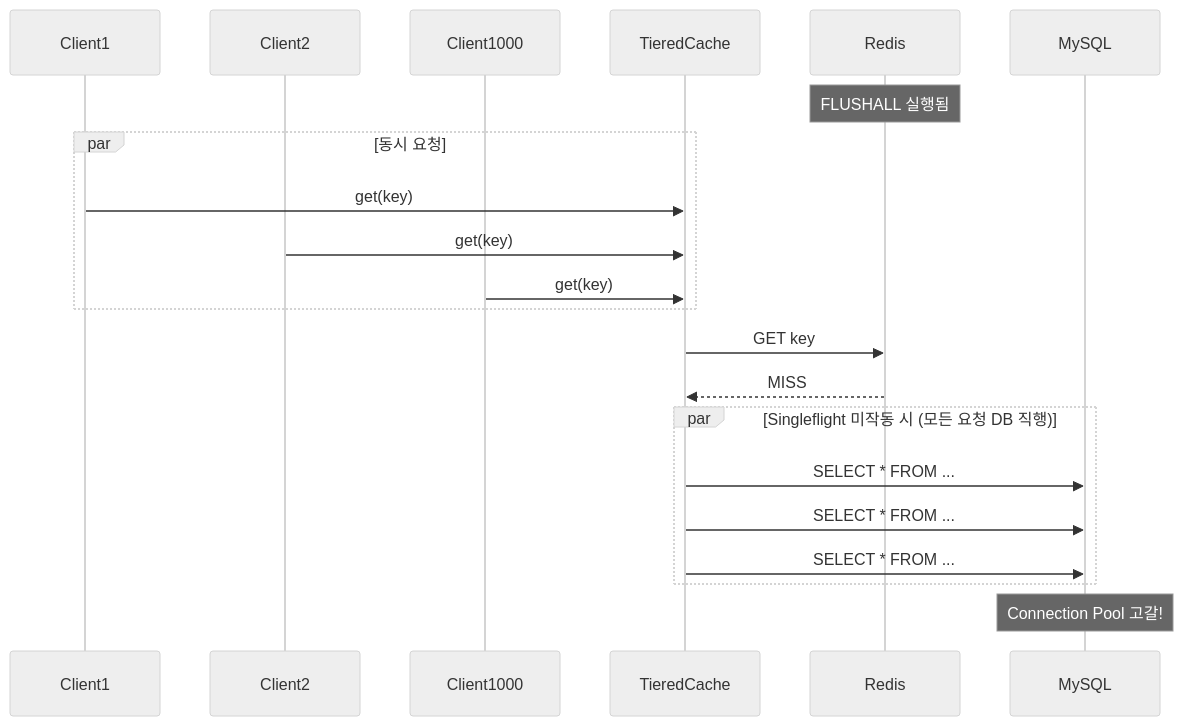
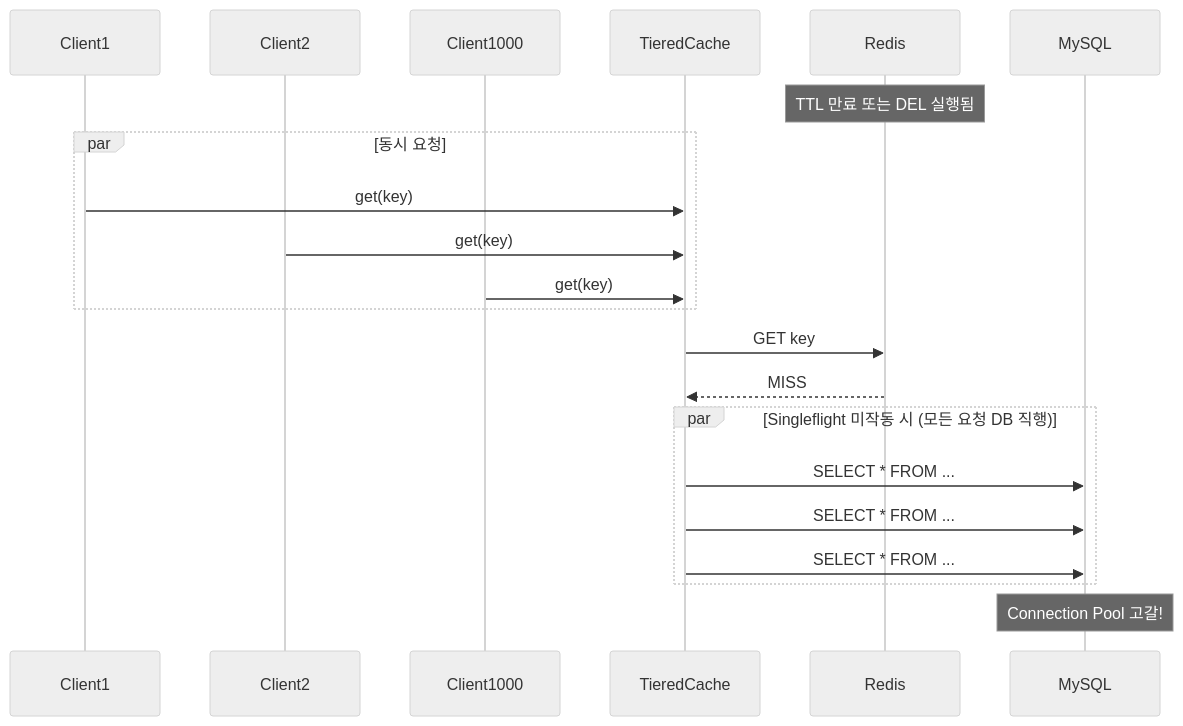
One commit to zbnerd/MapleExpectation changed the second of 3 diagrams in docs/02_Chaos_Engineering/06_Nightmare/Scenarios/N01-thundering-herd.md. Above: the diagram before and after it, drawn with Mermaid (neutral theme). The commit also changed other lines of this file and 467 other files, not shown here.

````diff
--- a/docs/02_Chaos_Engineering/06_Nightmare/Scenarios/N01-thundering-herd.md
+++ b/docs/02_Chaos_Engineering/06_Nightmare/Scenarios/N01-thundering-herd.md
@@ -279,28 +305,28 @@
 ```mermaid
 sequenceDiagram
     participant Client1
     participant Client2
     participant Client1000
     participant TieredCache
     participant Redis
     participant MySQL
 
-    Note over Redis: FLUSHALL 실행됨
+    Note over Redis: TTL 만료 또는 DEL 실행됨
 
     par 동시 요청
         Client1->>TieredCache: get(key)
         Client2->>TieredCache: get(key)
         Client1000->>TieredCache: get(key)
     end
 
     TieredCache->>Redis: GET key
     Redis-->>TieredCache: MISS
 
     par Singleflight 미작동 시 (모든 요청 DB 직행)
         TieredCache->>MySQL: SELECT * FROM ...
         TieredCache->>MySQL: SELECT * FROM ...
         TieredCache->>MySQL: SELECT * FROM ...
     end
 
     Note over MySQL: Connection Pool 고갈!
 ```
````
